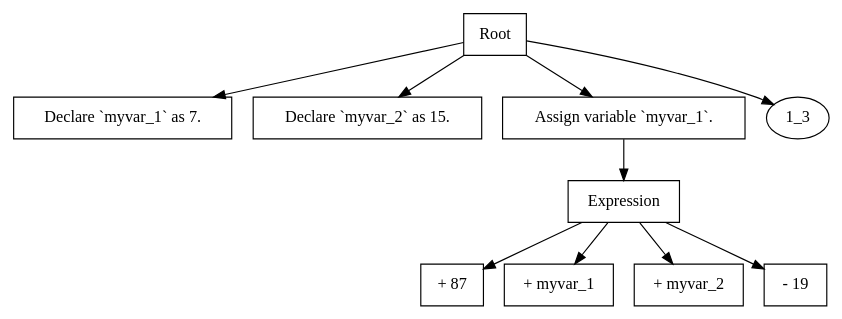
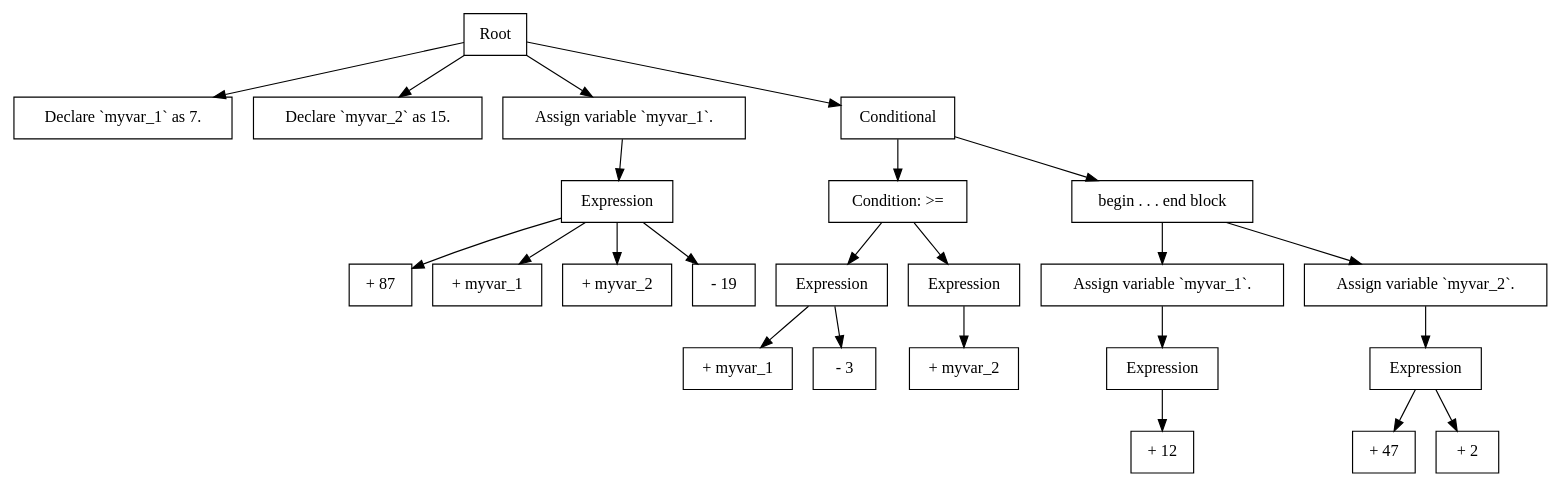
Before and after one commit to featherfeet/oliver-risc: the diagram in toolchain/compiler/build/graph_temp.dot, drawn with Graphviz. The commit also changed 5 other files, not shown here.

Commit message:
Compiler's Graphviz AST visualization can now display conditionals (if statements). Re-architectured AST visualizer slightly to change how nodes are identified in order to avert name clashes.

```diff
--- a/toolchain/compiler/build/graph_temp.dot
+++ b/toolchain/compiler/build/graph_temp.dot
@@ -1,20 +1,49 @@
 digraph ast {
-    "0_0" [label="Root", shape=box];
-    "1_0" [label="Declare `myvar_1` as 7.", shape=box];
-    "0_0" -> "1_0";
-    "1_1" [label="Declare `myvar_2` as 15.", shape=box];
-    "0_0" -> "1_1";
-    "1_2" [label="Assign variable `myvar_1`.", shape=box];
-    "2_0" [label="Expression", shape=box];
-    "3_0" [label="+ 87", shape=box];
-    "2_0" -> "3_0";
-    "3_1" [label="+ myvar_1", shape=box];
-    "2_0" -> "3_1";
-    "3_2" [label="+ myvar_2", shape=box];
-    "2_0" -> "3_2";
-    "3_3" [label="- 19", shape=box];
-    "2_0" -> "3_3";
-    "1_2" -> "2_0";
-    "0_0" -> "1_2";
-    "0_0" -> "1_3";
+    "0" [label="Root", shape=box];
+    "0_0" [label="Declare `myvar_1` as 7.", shape=box];
+    "0" -> "0_0";
+    "0_1" [label="Declare `myvar_2` as 15.", shape=box];
+    "0" -> "0_1";
+    "0_2" [label="Assign variable `myvar_1`.", shape=box];
+    "0_2_0" [label="Expression", shape=box];
+    "0_2_0_0" [label="+ 87", shape=box];
+    "0_2_0" -> "0_2_0_0";
+    "0_2_0_1" [label="+ myvar_1", shape=box];
+    "0_2_0" -> "0_2_0_1";
+    "0_2_0_2" [label="+ myvar_2", shape=box];
+    "0_2_0" -> "0_2_0_2";
+    "0_2_0_3" [label="- 19", shape=box];
+    "0_2_0" -> "0_2_0_3";
+    "0_2" -> "0_2_0";
+    "0" -> "0_2";
+    "0_3" [label="Conditional", shape=box];
+    "0_3_0" [label="Condition: >=", shape=box];
+    "0_3_0_0" [label="Expression", shape=box];
+    "0_3_0_0_0" [label="+ myvar_1", shape=box];
+    "0_3_0_0" -> "0_3_0_0_0";
+    "0_3_0_0_1" [label="- 3", shape=box];
+    "0_3_0_0" -> "0_3_0_0_1";
+    "0_3_0" -> "0_3_0_0";
+    "0_3_0_1" [label="Expression", shape=box];
+    "0_3_0_1_0" [label="+ myvar_2", shape=box];
+    "0_3_0_1" -> "0_3_0_1_0";
+    "0_3_0" -> "0_3_0_1";
+    "0_3" -> "0_3_0";
+    "0_3_1" [label="begin . . . end block", shape=box];
+    "0_3_1_0" [label="Assign variable `myvar_1`.", shape=box];
+    "0_3_1_0_0" [label="Expression", shape=box];
+    "0_3_1_0_0_0" [label="+ 12", shape=box];
+    "0_3_1_0_0" -> "0_3_1_0_0_0";
+    "0_3_1_0" -> "0_3_1_0_0";
+    "0_3_1" -> "0_3_1_0";
+    "0_3_1_1" [label="Assign variable `myvar_2`.", shape=box];
+    "0_3_1_1_0" [label="Expression", shape=box];
+    "0_3_1_1_0_0" [label="+ 47", shape=box];
+    "0_3_1_1_0" -> "0_3_1_1_0_0";
+    "0_3_1_1_0_1" [label="+ 2", shape=box];
+    "0_3_1_1_0" -> "0_3_1_1_0_1";
+    "0_3_1_1" -> "0_3_1_1_0";
+    "0_3_1" -> "0_3_1_1";
+    "0_3" -> "0_3_1";
+    "0" -> "0_3";
 }
```
